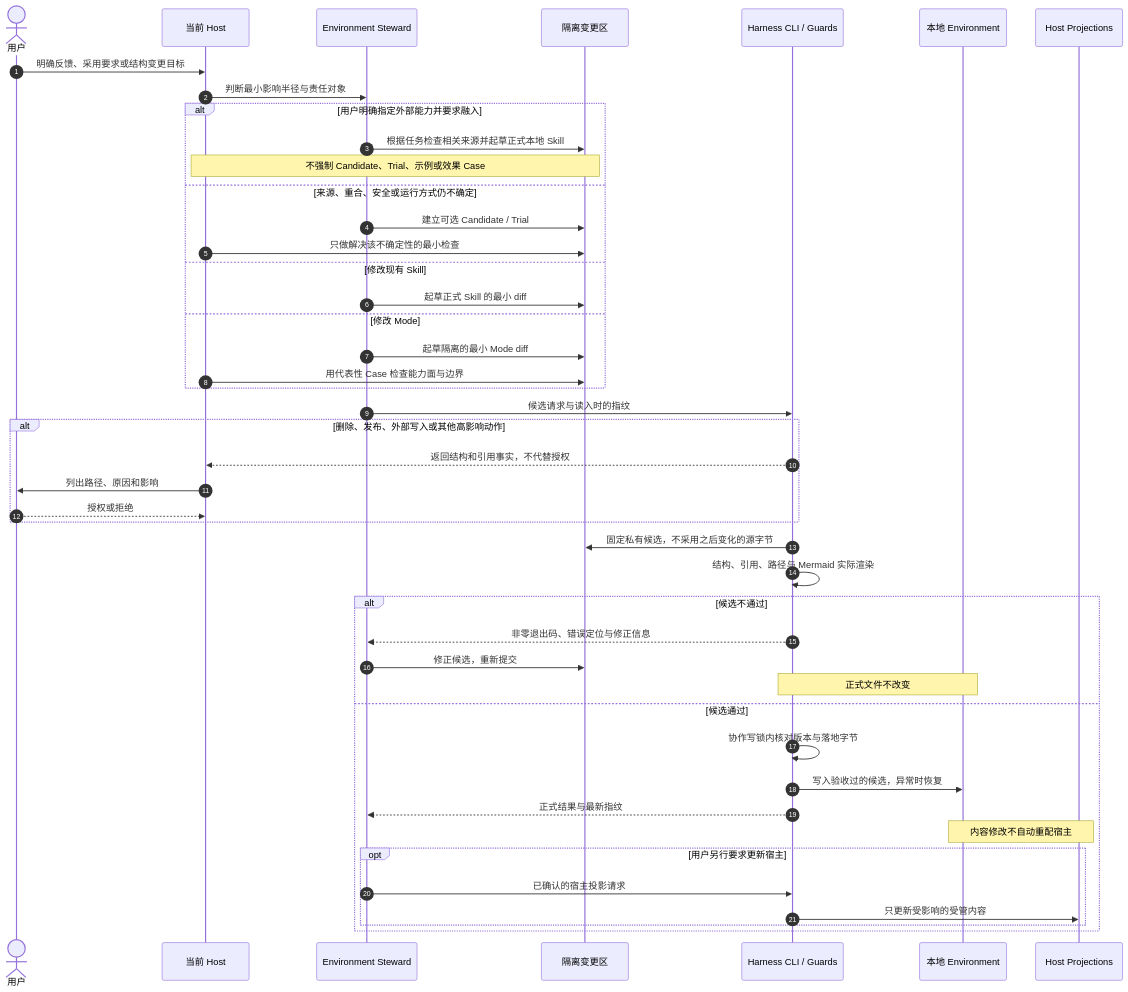
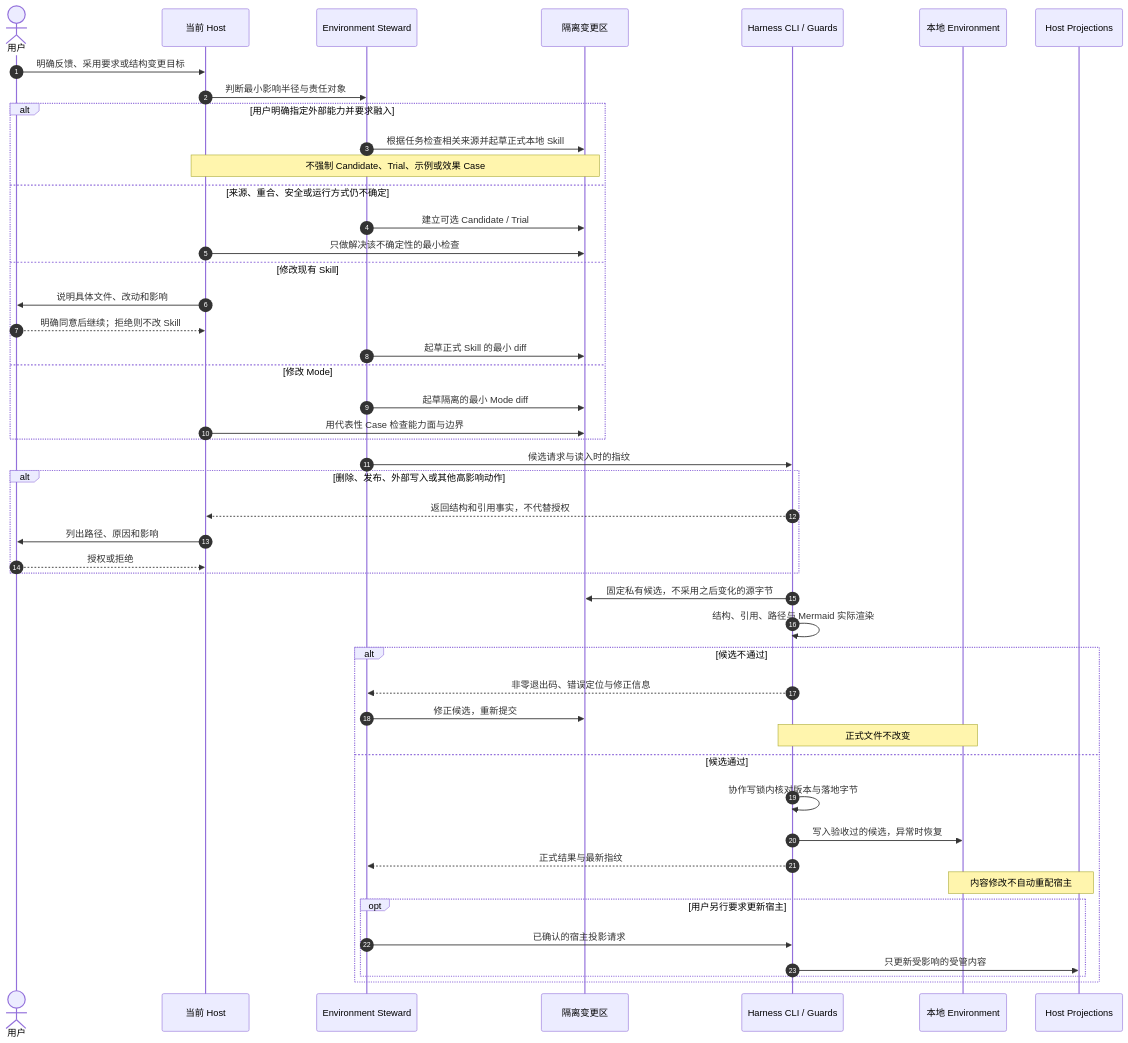
Before and after one commit to qihangzhang-272/asl-harness: the diagram in docs/architecture/04-content-changes.md, drawn with Mermaid. The commit also changed other lines of this file and 24 other files, not shown here.

````diff
--- a/docs/architecture/04-content-changes.md
+++ b/docs/architecture/04-content-changes.md
@@ -5,48 +5,50 @@
 ```mermaid
 sequenceDiagram
     autonumber
     actor U as 用户
     participant H as 当前 Host
     participant E as Environment Steward
     participant W as 隔离变更区
     participant CLI as Harness CLI / Guards
     participant G as 本地 Environment
     participant P as Host Projections
 
     U->>H: 明确反馈、采用要求或结构变更目标
     H->>E: 判断最小影响半径与责任对象
     alt 用户明确指定外部能力并要求融入
         E->>W: 根据任务检查相关来源并起草正式本地 Skill
         Note over H,W: 不强制 Candidate、Trial、示例或效果 Case
     else 来源、重合、安全或运行方式仍不确定
         E->>W: 建立可选 Candidate / Trial
         H->>W: 只做解决该不确定性的最小检查
     else 修改现有 Skill
+        H->>U: 说明具体文件、改动和影响
+        U-->>H: 明确同意后继续；拒绝则不改 Skill
         E->>W: 起草正式 Skill 的最小 diff
     else 修改 Mode
         E->>W: 起草隔离的最小 Mode diff
         H->>W: 用代表性 Case 检查能力面与边界
     end
     E->>CLI: 候选请求与读入时的指纹
     alt 删除、发布、外部写入或其他高影响动作
         CLI-->>H: 返回结构和引用事实，不代替授权
         H->>U: 列出路径、原因和影响
         U-->>H: 授权或拒绝
     end
     CLI->>W: 固定私有候选，不采用之后变化的源字节
     CLI->>CLI: 结构、引用、路径与 Mermaid 实际渲染
     alt 候选不通过
         CLI-->>E: 非零退出码、错误定位与修正信息
         E->>W: 修正候选，重新提交
         Note over CLI,G: 正式文件不改变
     else 候选通过
         CLI->>CLI: 协作写锁内核对版本与落地字节
         CLI->>G: 写入验收过的候选，异常时恢复
         CLI-->>E: 正式结果与最新指纹
         Note over G,P: 内容修改不自动重配宿主
         opt 用户另行要求更新宿主
             E->>CLI: 已确认的宿主投影请求
             CLI->>P: 只更新受影响的受管内容
         end
     end
 ```
````
